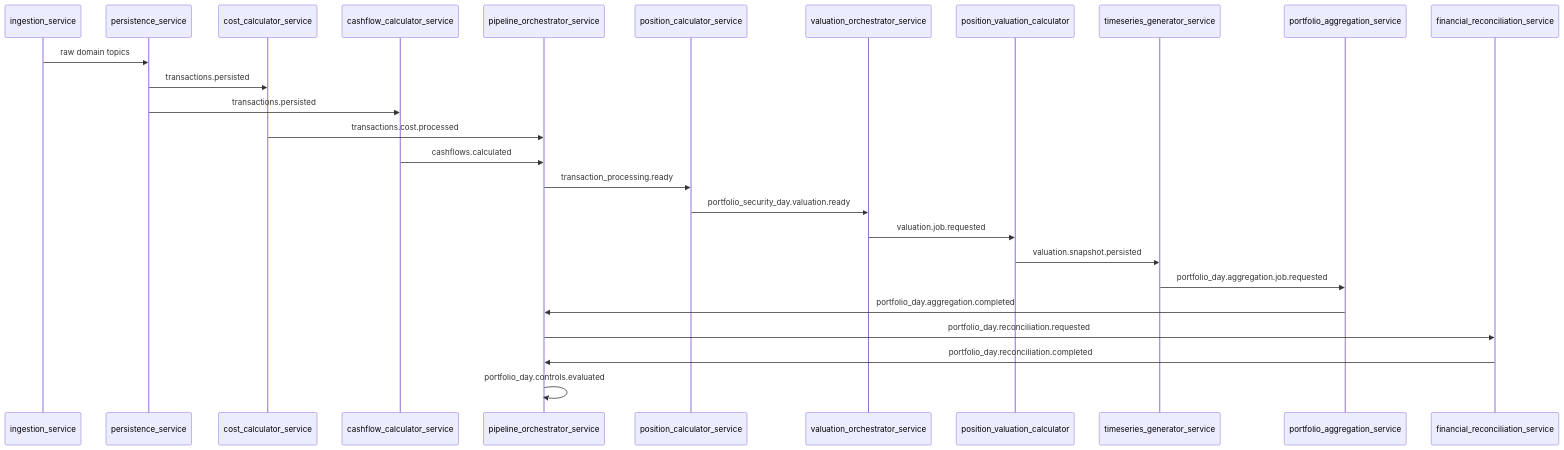
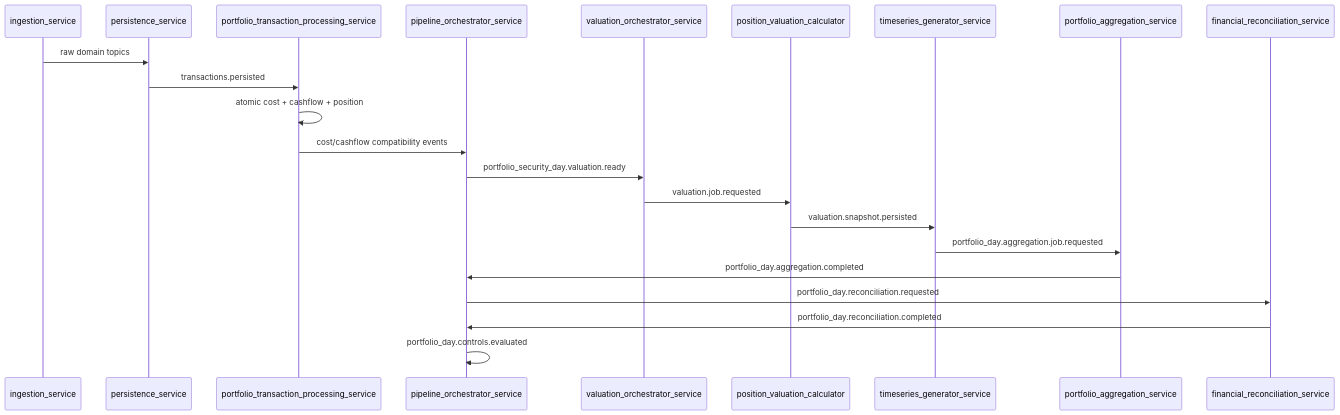
The third of 3 diagrams in docs/architecture/current-state-architecture-map.md (sgajbi/lotus-core), drawn with Mermaid before and after one commit. The commit also changed other lines of this file and 14 other files, not shown here.

Commit message:
docs: govern atomic transaction runtime cutover

````diff
--- a/docs/architecture/current-state-architecture-map.md
+++ b/docs/architecture/current-state-architecture-map.md
@@ -155,29 +164,25 @@
 ```mermaid
 sequenceDiagram
     participant Ingest as ingestion_service
     participant Persist as persistence_service
-    participant Cost as cost_calculator_service
-    participant Cash as cashflow_calculator_service
+    participant Txn as portfolio_transaction_processing_service
     participant Pipe as pipeline_orchestrator_service
-    participant Pos as position_calculator_service
     participant ValOrch as valuation_orchestrator_service
     participant Val as position_valuation_calculator
     participant Ts as timeseries_generator_service
     participant Agg as portfolio_aggregation_service
     participant Recon as financial_reconciliation_service
 
     Ingest->>Persist: raw domain topics
-    Persist->>Cost: transactions.persisted
-    Persist->>Cash: transactions.persisted
-    Cost->>Pipe: transactions.cost.processed
-    Cash->>Pipe: cashflows.calculated
-    Pipe->>Pos: transaction_processing.ready
-    Pos->>ValOrch: portfolio_security_day.valuation.ready
+    Persist->>Txn: transactions.persisted
+    Txn->>Txn: atomic cost + cashflow + position
+    Txn->>Pipe: cost/cashflow compatibility events
+    Pipe->>ValOrch: portfolio_security_day.valuation.ready
     ValOrch->>Val: valuation.job.requested
     Val->>Ts: valuation.snapshot.persisted
     Ts->>Agg: portfolio_day.aggregation.job.requested
     Agg->>Pipe: portfolio_day.aggregation.completed
     Pipe->>Recon: portfolio_day.reconciliation.requested
     Recon->>Pipe: portfolio_day.reconciliation.completed
     Pipe->>Pipe: portfolio_day.controls.evaluated
 ```
````
